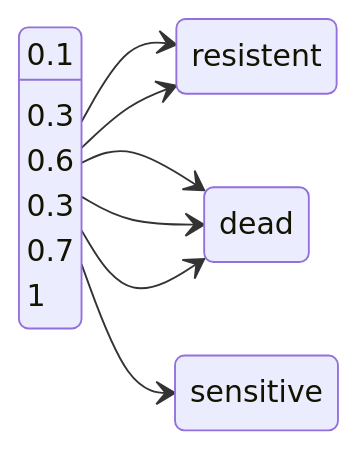
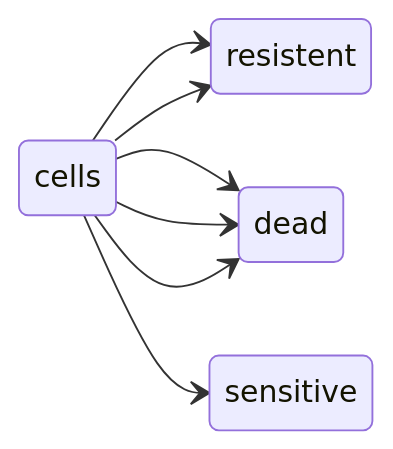
One commit to MaaikevS/maaikevs.github.io changed the diagram in _posts/2025-02-08-abm.md. Above: the diagram before and after it, drawn with Mermaid. The commit also changed other lines of this file and 2 other files, not shown here.

````diff
--- a/_posts/2025-02-08-abm.md
+++ b/_posts/2025-02-08-abm.md
@@ -55,10 +55,10 @@
 ```mermaid
 stateDiagram-v2
 direction LR
-   sensitive cells --> resistent cells: 0.1
-   resistent cells --> dead cells: 0.3
-   sensitive cells --> dead cells: 0.6
-   sensitive cells --> sensitive cells: 0.3
-   resistent cells --> resistent cells: 0.7
-   dead cells --> dead cells: 1
+   sensitive cells --> resistent cells
+   resistent cells --> dead cells
+   sensitive cells --> dead cells
+   sensitive cells --> sensitive cells
+   resistent cells --> resistent cells
+   dead cells --> dead cells
 ```
````
